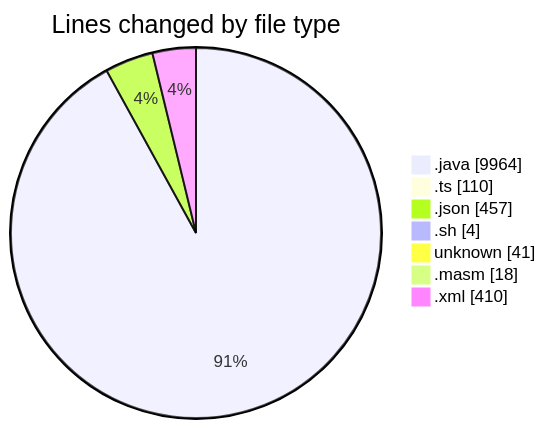
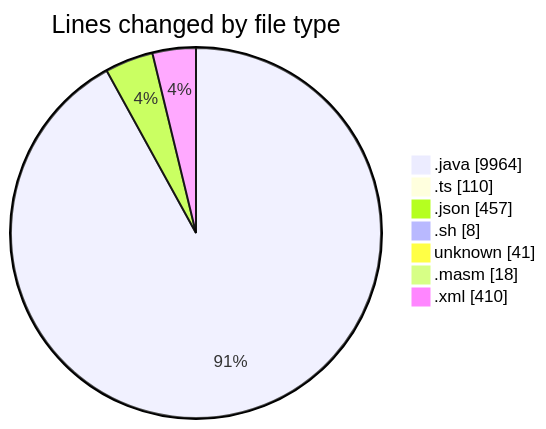
The first of 2 diagrams in 2025-02-20/micros/README.md (charlie-sans/code-tracking), drawn with Mermaid before and after one commit. The commit also changed other lines of this file and 1 other file, not shown here.

````diff
--- a/2025-02-20/micros/README.md
+++ b/2025-02-20/micros/README.md
@@ -56,11 +56,11 @@
 ```mermaid
 pie showData
 title Lines changed by file type
 ".java" : 9964
 ".ts" : 110
 ".json" : 457
-".sh" : 4
+".sh" : 8
 "unknown" : 41
 ".masm" : 18
 ".xml" : 410
 ```
````
